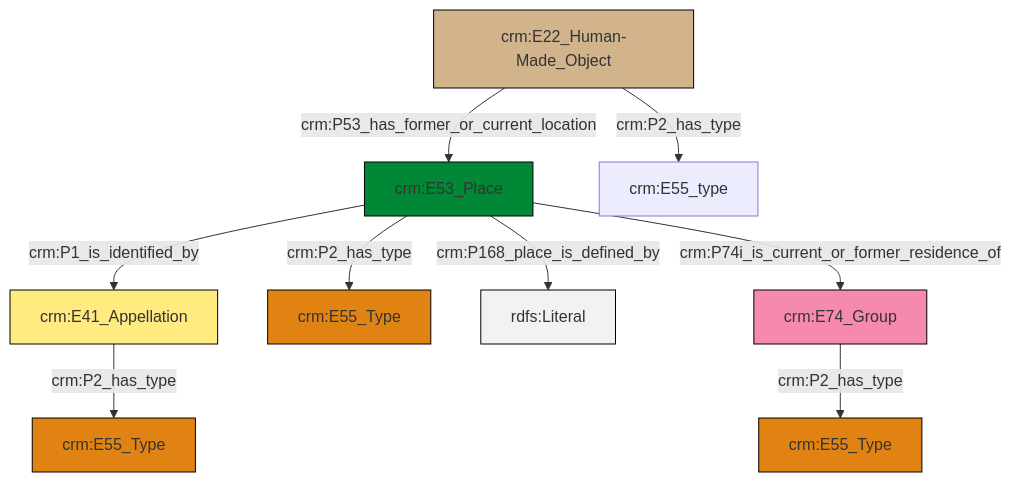
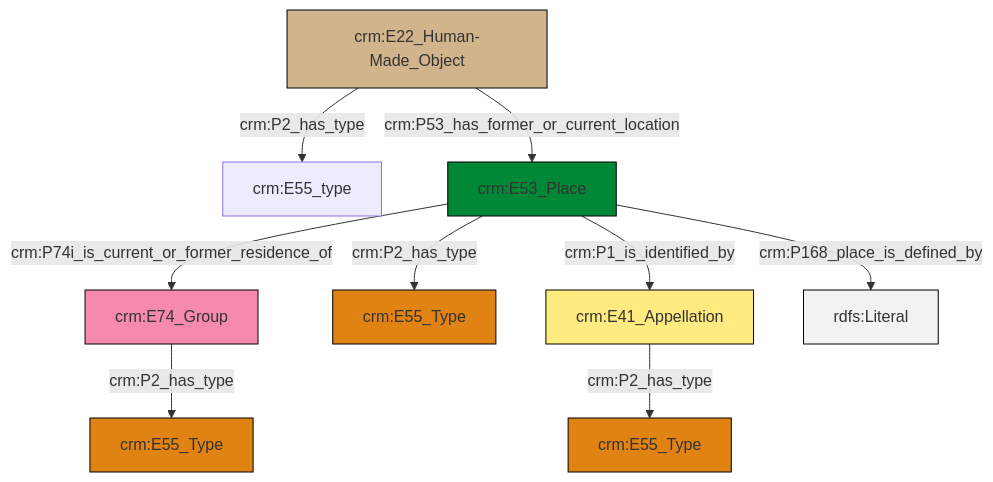
One commit to swiss-art-research-net/docs.swissartresearch changed the diagram in et/artworkCSV/ttl/mmd/Artwork_Location.ttl.mmd. Above: the diagram before and after it, drawn with Mermaid. The commit also changed 177 other files, not shown here.

```diff
--- a/et/artworkCSV/ttl/mmd/Artwork_Location.ttl.mmd
+++ b/et/artworkCSV/ttl/mmd/Artwork_Location.ttl.mmd
@@ -1,23 +1,23 @@
 graph TD
 classDef Literal fill:#f2f2f2,stroke:#000000;
 classDef CRM_Entity fill:#FFFFFF,stroke:#000000;
 classDef Temporal_Entity fill:#00C9E6, stroke:#000000;
 classDef Type fill:#E18312, stroke:#000000;
 classDef Time-Span fill:#2C9C91, stroke:#000000;
 classDef Appellation fill:#FFEB7F, stroke:#000000;
 classDef Place fill:#008836, stroke:#000000;
 classDef Persistent_Item fill:#B266B2, stroke:#000000;
 classDef Conceptual_Object fill:#FFD700, stroke:#000000;
 classDef Physical_Thing fill:#D2B48C, stroke:#000000;
 classDef Actor fill:#f58aad, stroke:#000000;
 classDef PC_Classes fill:#4ce600, stroke:#000000;
 classDef Multi fill:#cccccc,stroke:#000000;
 
-3["crm:E22_Human-Made_Object"]:::Physical_Thing -->|crm:P53_has_former_or_current_location| 4["crm:E53_Place"]:::Place
-4["crm:E53_Place"]:::Place -->|crm:P168_place_is_defined_by| 13[rdfs:Literal]:::Literal
-4["crm:E53_Place"]:::Place -->|crm:P2_has_type| 11["crm:E55_Type"]:::Type
-9["crm:E41_Appellation"]:::Appellation -->|crm:P2_has_type| 0["crm:E55_Type"]:::Type
-3["crm:E22_Human-Made_Object"]:::Physical_Thing -->|crm:P2_has_type| 7["crm:E55_type"]:::Default
-4["crm:E53_Place"]:::Place -->|crm:P1_is_identified_by| 9["crm:E41_Appellation"]:::Appellation
-4["crm:E53_Place"]:::Place -->|crm:P74i_is_current_or_former_residence_of| 14["crm:E74_Group"]:::Actor
-14["crm:E74_Group"]:::Actor -->|crm:P2_has_type| 5["crm:E55_Type"]:::Type
+2["crm:E22_Human-Made_Object"]:::Physical_Thing -->|crm:P53_has_former_or_current_location| 3["crm:E53_Place"]:::Place
+4["crm:E74_Group"]:::Actor -->|crm:P2_has_type| 5["crm:E55_Type"]:::Type
+3["crm:E53_Place"]:::Place -->|crm:P2_has_type| 7["crm:E55_Type"]:::Type
+3["crm:E53_Place"]:::Place -->|crm:P74i_is_current_or_former_residence_of| 4["crm:E74_Group"]:::Actor
+3["crm:E53_Place"]:::Place -->|crm:P1_is_identified_by| 12["crm:E41_Appellation"]:::Appellation
+12["crm:E41_Appellation"]:::Appellation -->|crm:P2_has_type| 8["crm:E55_Type"]:::Type
+2["crm:E22_Human-Made_Object"]:::Physical_Thing -->|crm:P2_has_type| 0["crm:E55_type"]:::Default
+3["crm:E53_Place"]:::Place -->|crm:P168_place_is_defined_by| 18[rdfs:Literal]:::Literal
```
